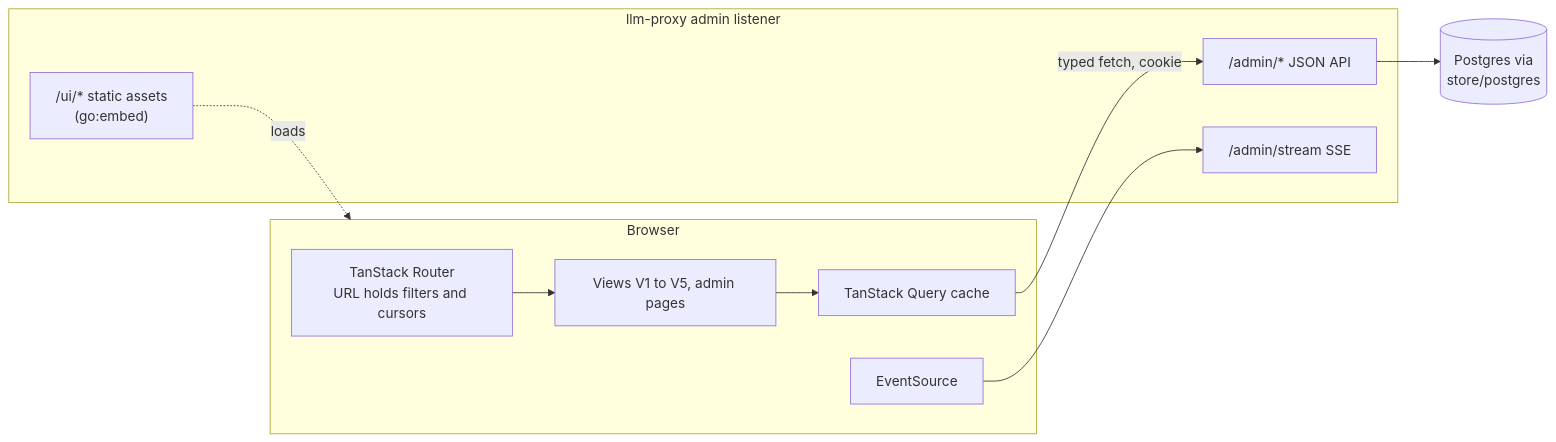
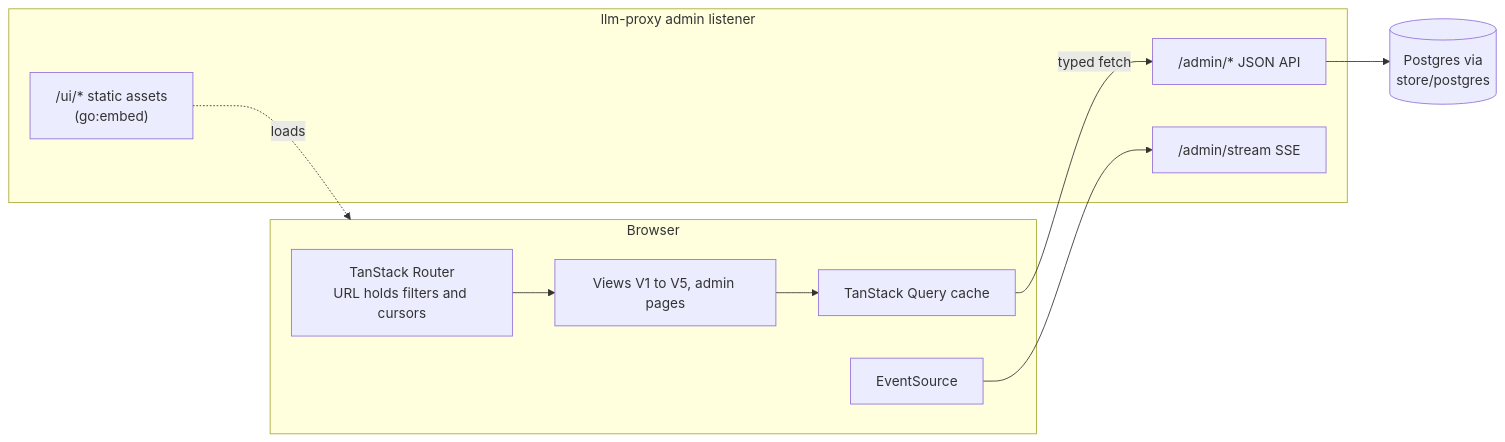
Before and after one commit to mtanzi/llm-proxy: the diagram in docs/architecture/frontend.md, drawn with Mermaid. The commit also changed other lines of this file and 4 other files, not shown here.

````diff
--- a/docs/architecture/frontend.md
+++ b/docs/architecture/frontend.md
@@ -13,22 +13,22 @@
 ```mermaid
 flowchart LR
     subgraph browser[Browser]
         router[TanStack Router<br/>URL holds filters and cursors]
         qc[TanStack Query cache]
         views[Views V1 to V5, admin pages]
         es[EventSource]
     end
     subgraph go[llm-proxy admin listener]
         spa["/ui/* static assets<br/>(go:embed)"]
         api["/admin/* JSON API"]
         stream["/admin/stream SSE"]
     end
     pg[(Postgres via<br/>store/postgres)]
 
     router --> views
     views --> qc
-    qc -->|typed fetch, cookie| api
+    qc -->|typed fetch| api
     es --> stream
     spa -.loads.-> browser
     api --> pg
 ```
````
